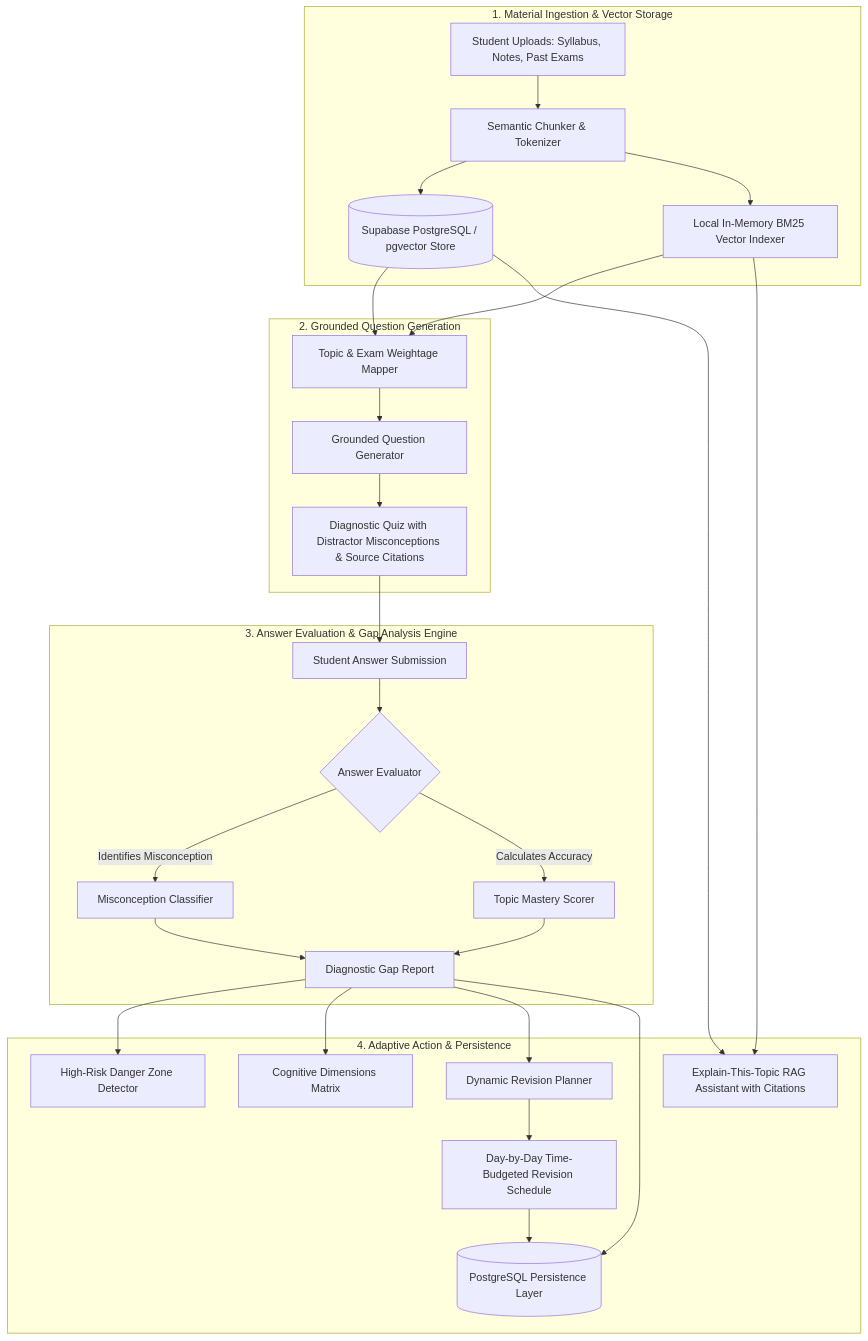
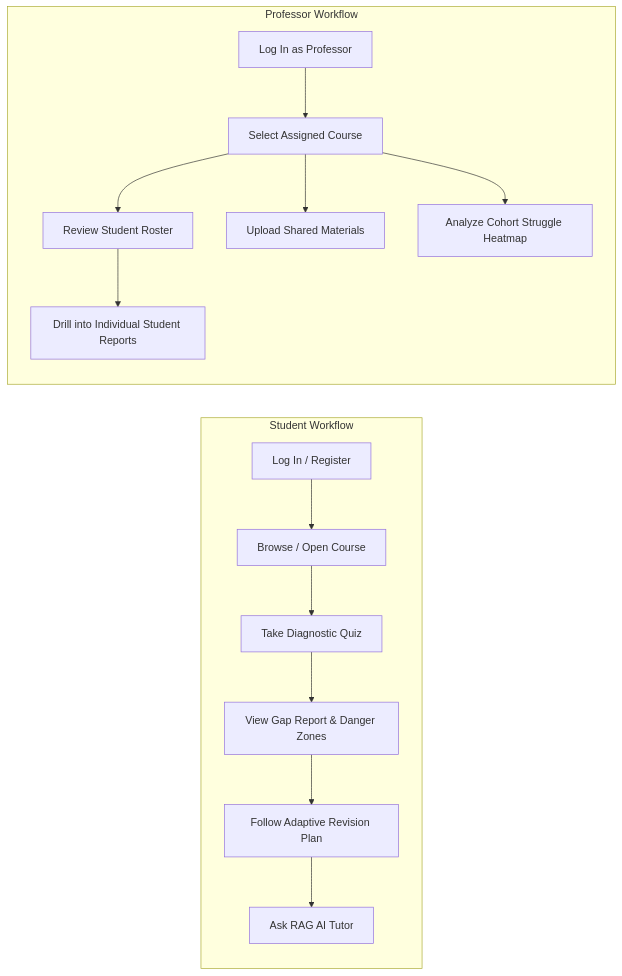
Before and after one commit to abhilash-210/StudentGap-AI: the diagram in README.md, drawn with Mermaid. The commit also changed other lines of this file and 20 other files, not shown here.

Commit message:
feat: complete role-based GapFinder AI platform, documentation, and evaluator demo setup

````diff
--- a/README.md
+++ b/README.md
@@ -40,31 +114,18 @@
 ```mermaid
-flowchart TD
-    subgraph Ingestion["1. Material Ingestion & Vector Storage"]
-        A[Student Uploads: Syllabus, Notes, Past Exams] --> B[Semantic Chunker & Tokenizer]
-        B --> C[(Supabase PostgreSQL / pgvector Store)]
-        B --> D[Local In-Memory BM25 Vector Indexer]
+flowchart LR
+    subgraph StudentFlow["Student Workflow"]
+        A[Log In / Register] --> B[Browse / Open Course]
+        B --> C[Take Diagnostic Quiz]
+        C --> D[View Gap Report & Danger Zones]
+        D --> E[Follow Adaptive Revision Plan]
+        E --> F[Ask RAG AI Tutor]
     end
 
-    subgraph Generation["2. Grounded Question Generation"]
-        C & D --> E[Topic & Exam Weightage Mapper]
-        E --> F[Grounded Question Generator]
-        F --> G[Diagnostic Quiz with Distractor Misconceptions & Source Citations]
-    end
-
-    subgraph Evaluation["3. Answer Evaluation & Gap Analysis Engine"]
-        G --> H[Student Answer Submission]
-        H --> I{Answer Evaluator}
-        I -->|Identifies Misconception| J[Misconception Classifier]
-        I -->|Calculates Accuracy| K[Topic Mastery Scorer]
-        J & K --> L[Diagnostic Gap Report]
-    end
-
-    subgraph Action["4. Adaptive Action & Persistence"]
-        L --> M[High-Risk Danger Zone Detector]
-        L --> N[Cognitive Dimensions Matrix]
-        L --> O[Dynamic Revision Planner]
-        O --> P[Day-by-Day Time-Budgeted Revision Schedule]
-        C & D --> Q[Explain-This-Topic RAG Assistant with Citations]
-        L & P --> R[(PostgreSQL Persistence Layer)]
+    subgraph ProfessorFlow["Professor Workflow"]
+        G[Log In as Professor] --> H[Select Assigned Course]
+        H --> I[Review Student Roster]
+        I --> J[Drill into Individual Student Reports]
+        H --> K[Upload Shared Materials]
+        H --> L[Analyze Cohort Struggle Heatmap]
     end
 ```
````
